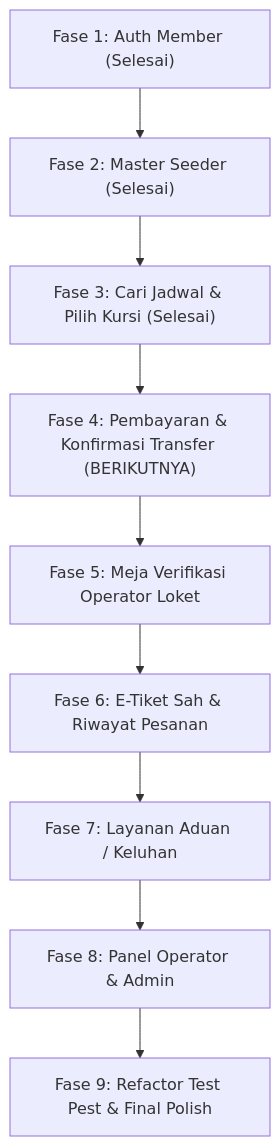
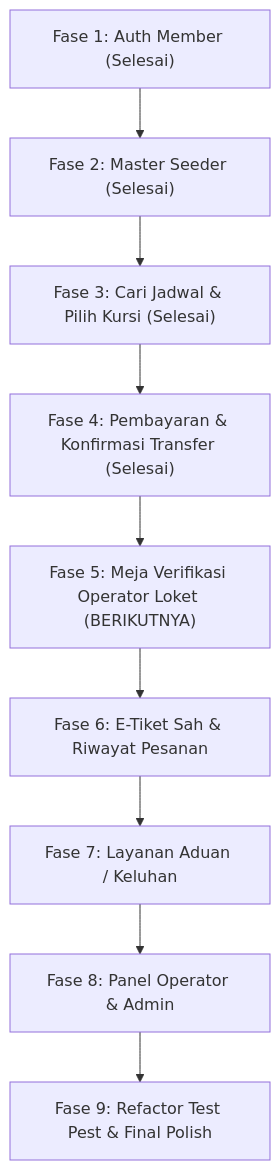
The diagram in roadmap.md (madsobirin/ticket_go), drawn with Mermaid before and after one commit. The commit also changed other lines of this file and 14 other files, not shown here.

````diff
--- a/roadmap.md
+++ b/roadmap.md
@@ -40,11 +41,11 @@
 ```mermaid
 flowchart TD
     A["Fase 1: Auth Member (Selesai)"] --> B["Fase 2: Master Seeder (Selesai)"]
     B --> C["Fase 3: Cari Jadwal & Pilih Kursi (Selesai)"]
-    C --> D["Fase 4: Pembayaran & Konfirmasi Transfer (BERIKUTNYA)"]
-    D --> E["Fase 5: Meja Verifikasi Operator Loket"]
+    C --> D["Fase 4: Pembayaran & Konfirmasi Transfer (Selesai)"]
+    D --> E["Fase 5: Meja Verifikasi Operator Loket (BERIKUTNYA)"]
     E --> F["Fase 6: E-Tiket Sah & Riwayat Pesanan"]
     F --> G["Fase 7: Layanan Aduan / Keluhan"]
     G --> H["Fase 8: Panel Operator & Admin"]
     H --> I["Fase 9: Refactor Test Pest & Final Polish"]
 ```
````
